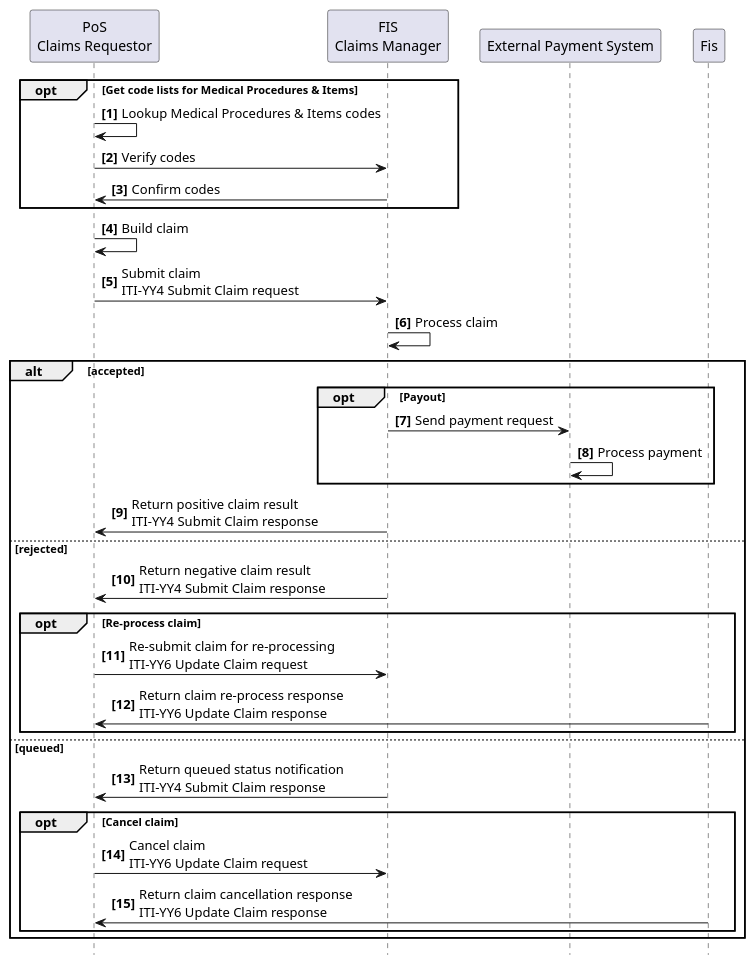
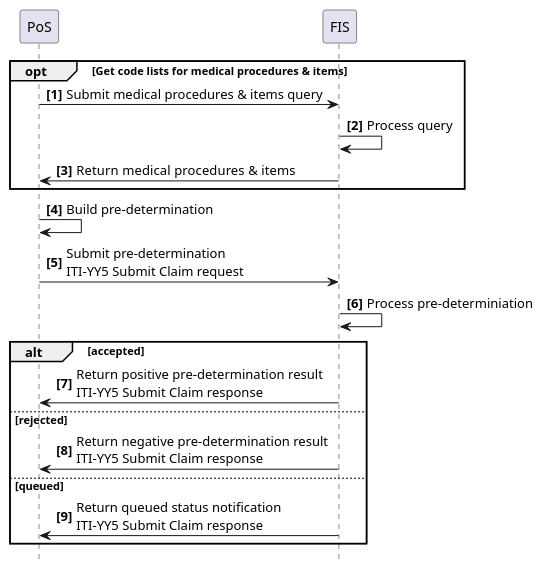
The diagram in input/images-source/usecase4-processflow.plantuml (IHE/ITI.Finance), drawn with PlantUML before and after one commit. The commit also changed 8 other files, not shown here.

```diff
--- a/input/images-source/usecase4-processflow.plantuml
+++ b/input/images-source/usecase4-processflow.plantuml
@@ -1,41 +1,29 @@
 @startuml
 skinparam svgDimensionStyle false
 hide footbox
 autonumber "<b>[0]"
 
-participant "PoS\nClaims Requestor" as App
-participant "FIS\nClaims Manager" as FIS
-participant "External Payment System" as EXT
+participant PoS
+participant FIS
 
 
-opt Get code lists for Medical Procedures & Items
-	App -> App: Lookup Medical Procedures & Items codes
-	App -> FIS: Verify codes
-	FIS -> App: Confirm codes
+opt Get code lists for medical procedures & items
+	PoS -> FIS: Submit medical procedures & items query
+	FIS -> FIS: Process query
+	FIS -> PoS: Return  medical procedures & items
 end opt
  
-App -> App: Build claim
-App -> FIS: Submit claim\nITI-YY4 Submit Claim request
-FIS -> FIS: Process claim
+
+PoS -> PoS: Build pre-determination
+PoS -> FIS: Submit pre-determination\nITI-YY5 Submit Claim request
+FIS -> FIS: Process pre-determiniation
 
 alt accepted
-	opt Payout
-		FIS->EXT: Send payment request
-   	EXT->EXT: Process payment
-	end opt
-	FIS -> App: Return positive claim result\nITI-YY4 Submit Claim response
+	FIS -> PoS: Return positive pre-determination result\nITI-YY5 Submit Claim response
 else rejected
-	FIS -> App: Return negative claim result\nITI-YY4 Submit Claim response
-	opt Re-process claim
-		App -> FIS: Re-submit claim for re-processing\nITI-YY6 Update Claim request
-		Fis -> App: Return claim re-process response\nITI-YY6 Update Claim response
-	end opt
+	FIS -> PoS: Return negative pre-determination result\nITI-YY5 Submit Claim response
 else queued
-	FIS -> App: Return queued status notification\nITI-YY4 Submit Claim response
-	opt Cancel claim
-		App -> FIS: Cancel claim\nITI-YY6 Update Claim request
-		Fis -> App: Return claim cancellation response\nITI-YY6 Update Claim response
-	end opt
+	FIS -> PoS: Return queued status notification\nITI-YY5 Submit Claim response
 end
 
 @enduml
```
